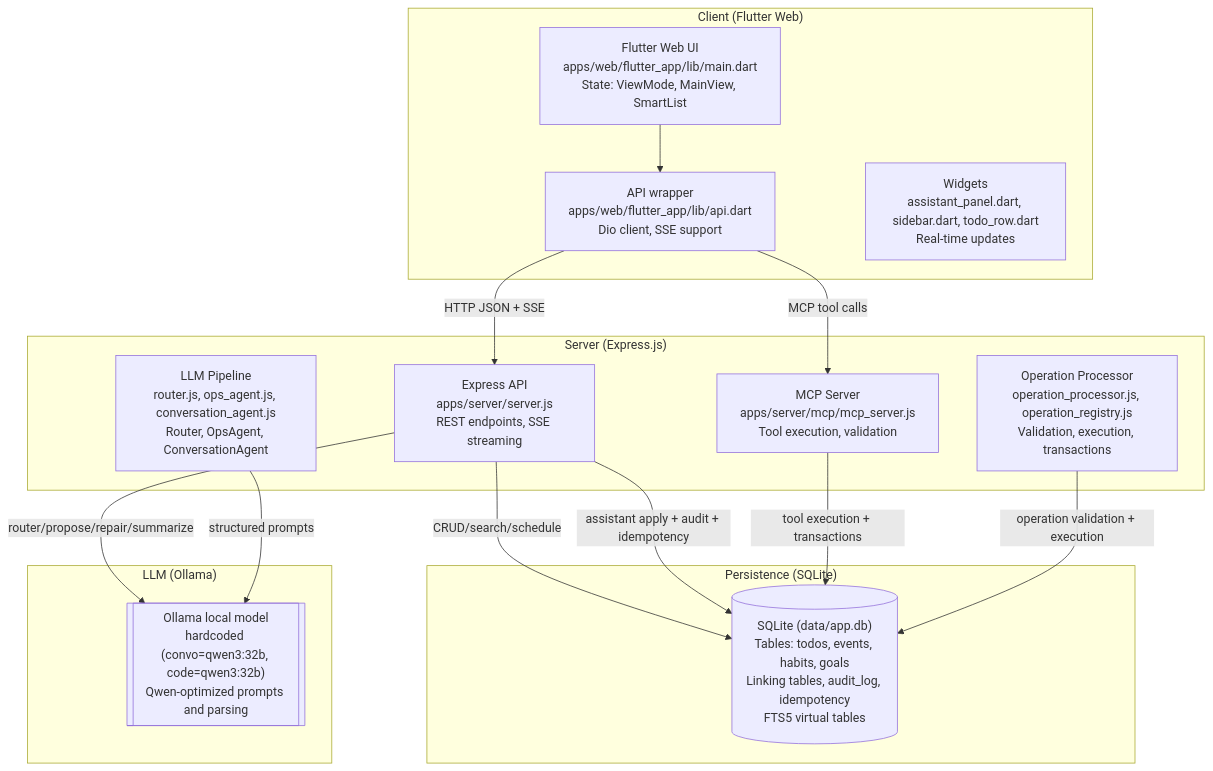
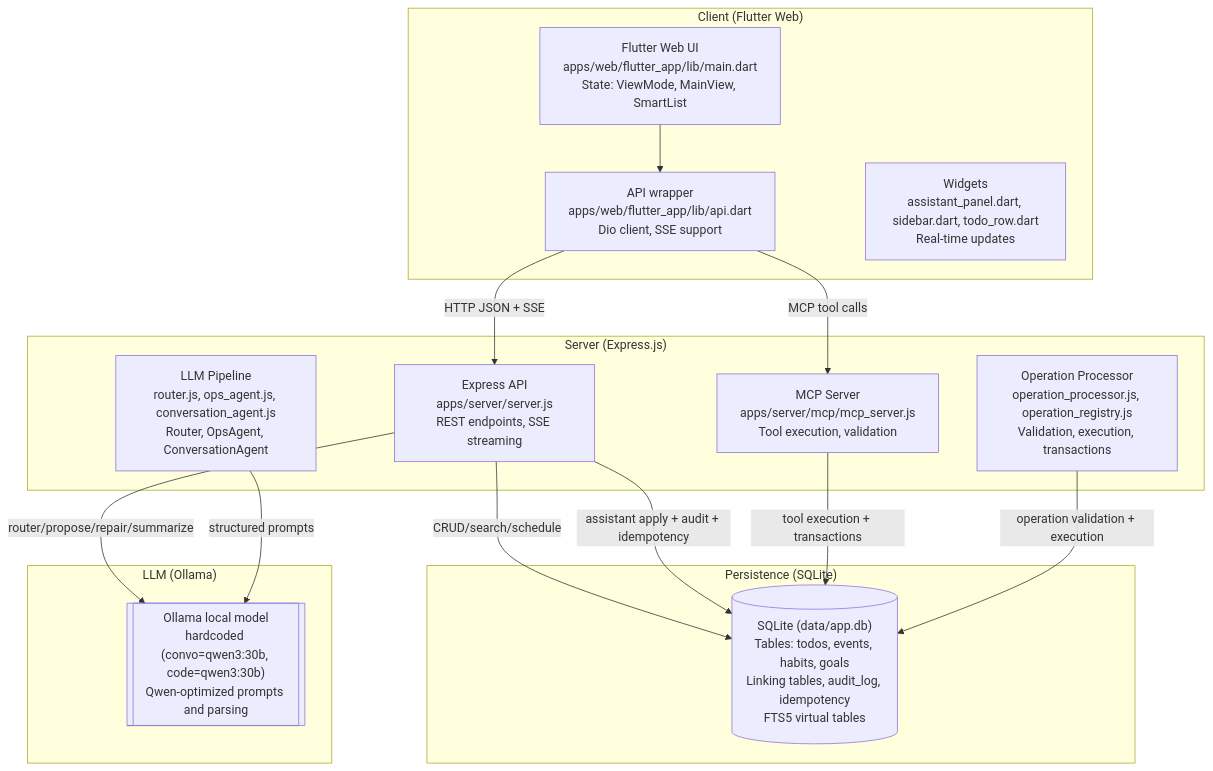
One commit to dantheman454/habit_app changed the first of 2 diagrams in docs/mindmap/README.md. Above: the diagram before and after it, drawn with Mermaid. The commit also changed other lines of this file and 11 other files, not shown here.

First line of the commit message:
feat: update LLM model references to qwen3:30b across application

````diff
--- a/docs/mindmap/README.md
+++ b/docs/mindmap/README.md
@@ -7,30 +7,30 @@
 ```mermaid
 graph TD
   subgraph "Client (Flutter Web)"
     A["Flutter Web UI\napps/web/flutter_app/lib/main.dart\nState: ViewMode, MainView, SmartList"]
     A2["API wrapper\napps/web/flutter_app/lib/api.dart\nDio client, SSE support"]
     A3["Widgets\nassistant_panel.dart, sidebar.dart, todo_row.dart\nReal-time updates"]
   end
   subgraph "Server (Express.js)"
     B["Express API\napps/server/server.js\nREST endpoints, SSE streaming"]
     B2["MCP Server\napps/server/mcp/mcp_server.js\nTool execution, validation"]
     B3["LLM Pipeline\nrouter.js, ops_agent.js, conversation_agent.js\nRouter, OpsAgent, ConversationAgent"]
     B4["Operation Processor\noperation_processor.js, operation_registry.js\nValidation, execution, transactions"]
   end
   subgraph "Persistence (SQLite)"
     P[("SQLite (data/app.db)\nTables: todos, events, habits, goals\nLinking tables, audit_log, idempotency\nFTS5 virtual tables")]
   end
   subgraph "LLM (Ollama)"
-    F[["Ollama local model\nhardcoded (convo=qwen3:32b, code=qwen3:32b)\nQwen-optimized prompts and parsing"]]
+    F[["Ollama local model\nhardcoded (convo=qwen3:30b, code=qwen3:30b)\nQwen-optimized prompts and parsing"]]
   end
 
   A --> A2
   A2 -->|"HTTP JSON + SSE"| B
   A2 -->|"MCP tool calls"| B2
   B -->|"CRUD/search/schedule"| P
   B -->|"assistant apply + audit + idempotency"| P
   B -->|"router/propose/repair/summarize"| F
   B2 -->|"tool execution + transactions"| P
   B3 -->|"structured prompts"| F
   B4 -->|"operation validation + execution"| P
 ```
````
